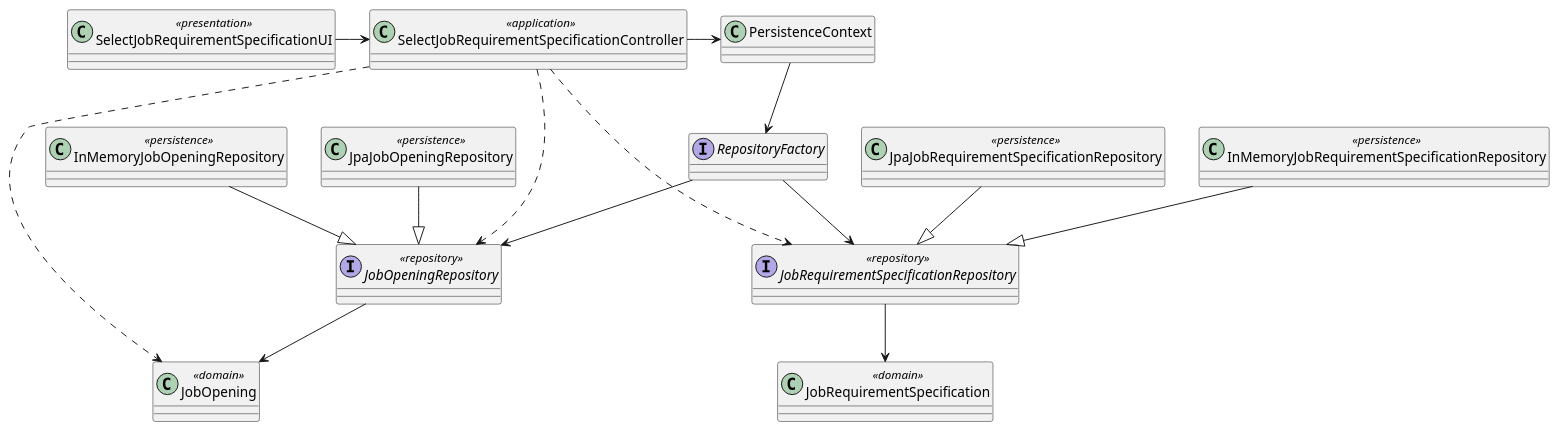
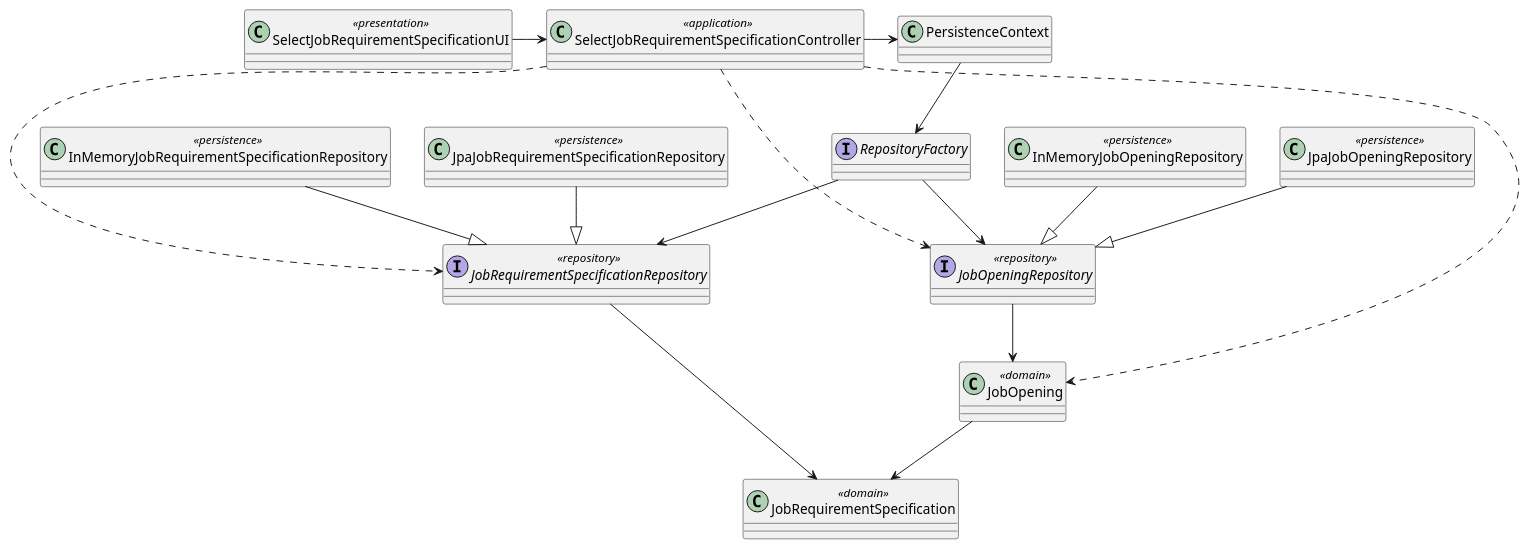
One commit to Rodrick0209/ISEP-SEM4PI-23-24 changed the diagram in docs/SprintB/us1009/CD/CD.puml. Above: the diagram before and after it, drawn with PlantUML.

Commit message:
CD 90,5% made #23

```diff
--- a/docs/SprintB/us1009/CD/CD.puml
+++ b/docs/SprintB/us1009/CD/CD.puml
@@ -1,32 +1,33 @@
 @startuml
 'https://plantuml.com/class-diagram
 
 class SelectJobRequirementSpecificationUI <<presentation>>
 class SelectJobRequirementSpecificationController <<application>>
 class PersistenceContext
 interface RepositoryFactory
 interface JobOpeningRepository <<repository>>
 interface JobRequirementSpecificationRepository <<repository>>
 class InMemoryJobOpeningRepository <<persistence>>
 class JpaJobOpeningRepository <<persistence>>
 class InMemoryJobRequirementSpecificationRepository <<persistence>>
 class JpaJobRequirementSpecificationRepository <<persistence>>
 class JobOpening <<domain>>
 class JobRequirementSpecification <<domain>>
 
 SelectJobRequirementSpecificationUI -> SelectJobRequirementSpecificationController
 SelectJobRequirementSpecificationController -> PersistenceContext
 PersistenceContext --> RepositoryFactory
 SelectJobRequirementSpecificationController ..> JobOpeningRepository
 SelectJobRequirementSpecificationController ..> JobRequirementSpecificationRepository
 RepositoryFactory --> JobOpeningRepository
 RepositoryFactory --> JobRequirementSpecificationRepository
 SelectJobRequirementSpecificationController ..> JobOpening
 JobOpeningRepository --> JobOpening
 JobRequirementSpecificationRepository --> JobRequirementSpecification
 JpaJobOpeningRepository --|> JobOpeningRepository
 InMemoryJobOpeningRepository --|> JobOpeningRepository
 InMemoryJobRequirementSpecificationRepository --|> JobRequirementSpecificationRepository
 JpaJobRequirementSpecificationRepository --|> JobRequirementSpecificationRepository
+JobOpening --> JobRequirementSpecification
 
 @enduml
```
